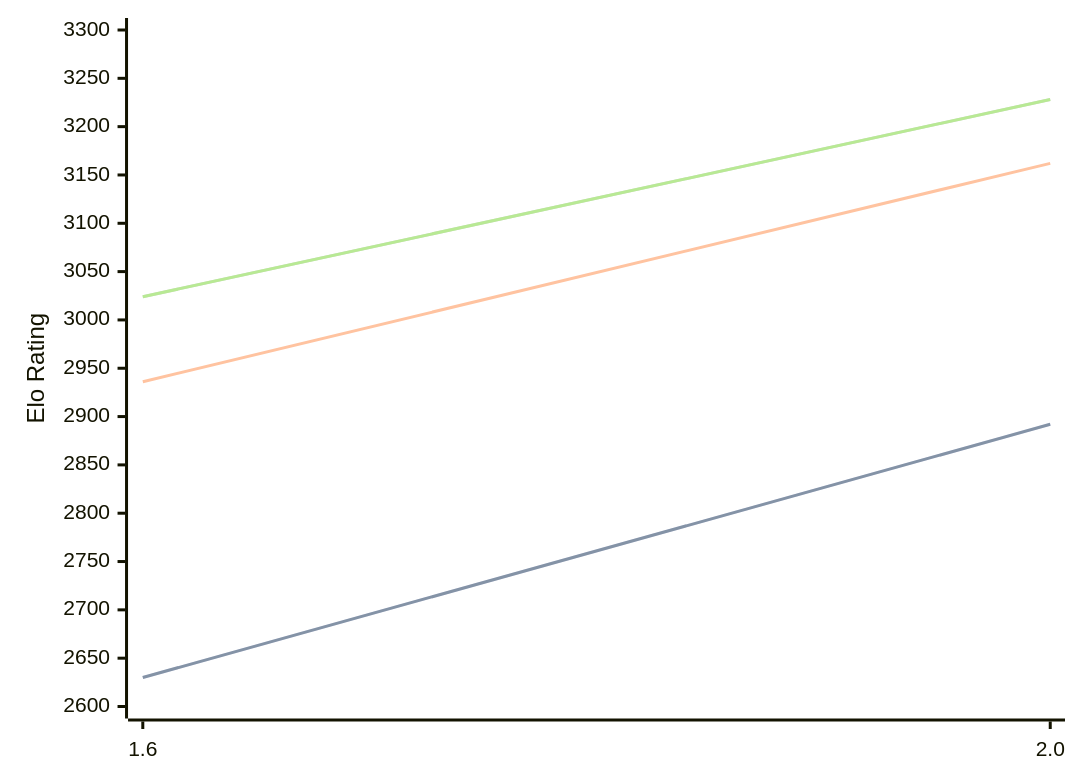
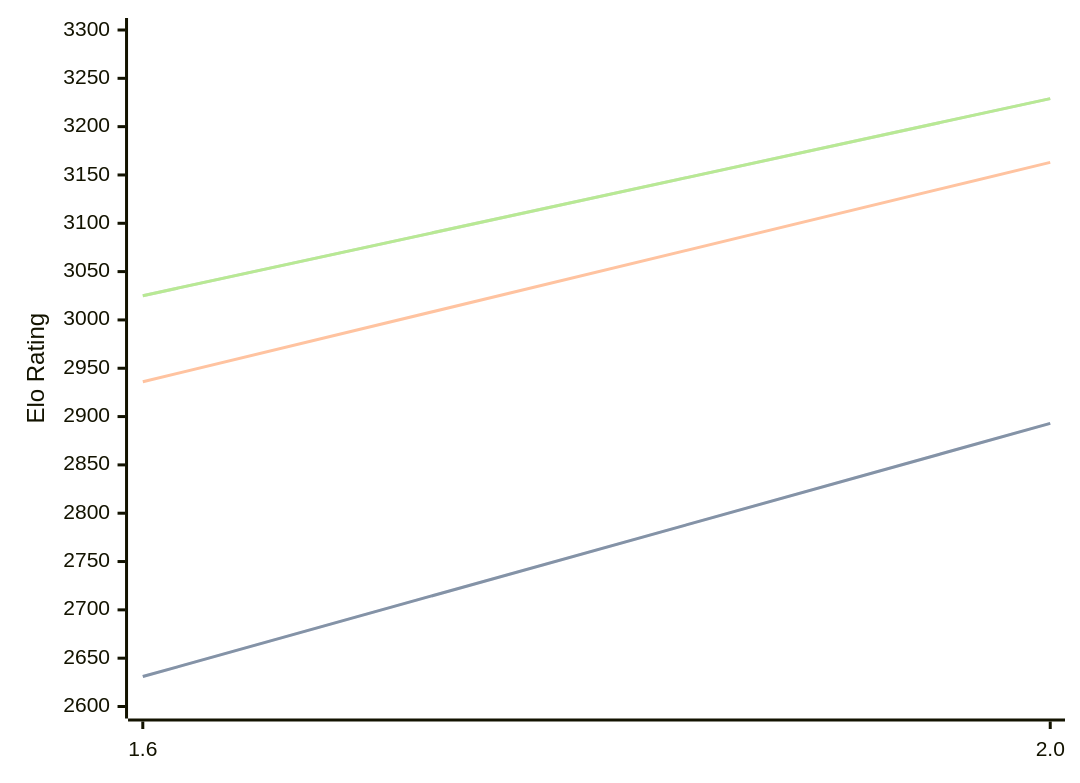
Before and after one commit to computer-chess-index/cci: the diagram in engines/Onyx.md, drawn with Mermaid. The commit also changed other lines of this file, not shown here.

Commit message:
Update CCI Ratings (ELO VLTC) - 2026-09-16

````diff
--- a/engines/Onyx.md
+++ b/engines/Onyx.md
@@ -32,11 +32,11 @@
 ```mermaid
 %%{init: {"theme":"base","themeVariables":{"seriesColors:['#a3a3a3','#222221','#faa371']}}}%%
 xychart-beta
   x-axis ["1.6", "2.0"]
   y-axis "Elo Rating" 2600 --> 3300
-  line "" [2630, 2892]
-  line "STC (8.0+0.08s)" [2630, 2892]
-  line "LTC (60.0+0.60s)" [2936, 3162]
-  line "" [3024, 3228]
-  line "VLTC (2m24s+1.12s)" [3024, 3228]
+  line "" [2631, 2893]
+  line "STC (8.0+0.08s)" [2631, 2893]
+  line "LTC (60.0+0.60s)" [2936, 3163]
+  line "" [3025, 3229]
+  line "VLTC (2m24s+1.12s)" [3025, 3229]
 ```
````
